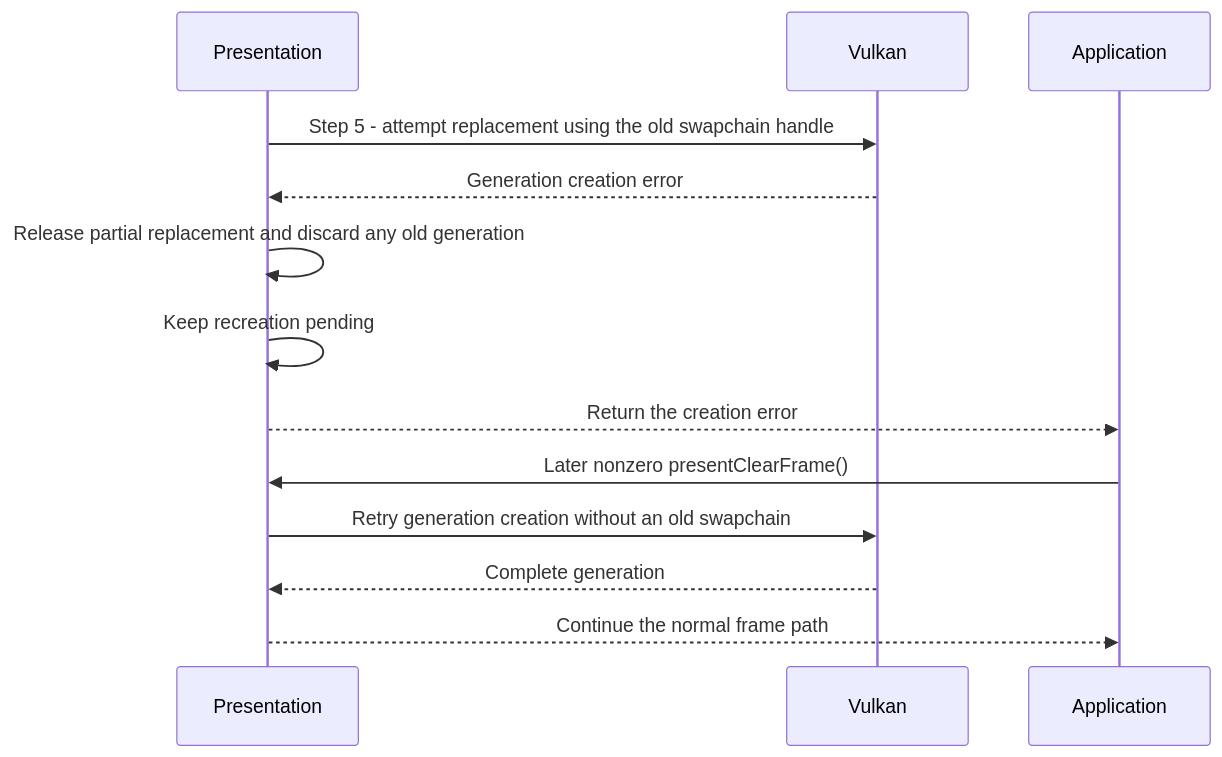
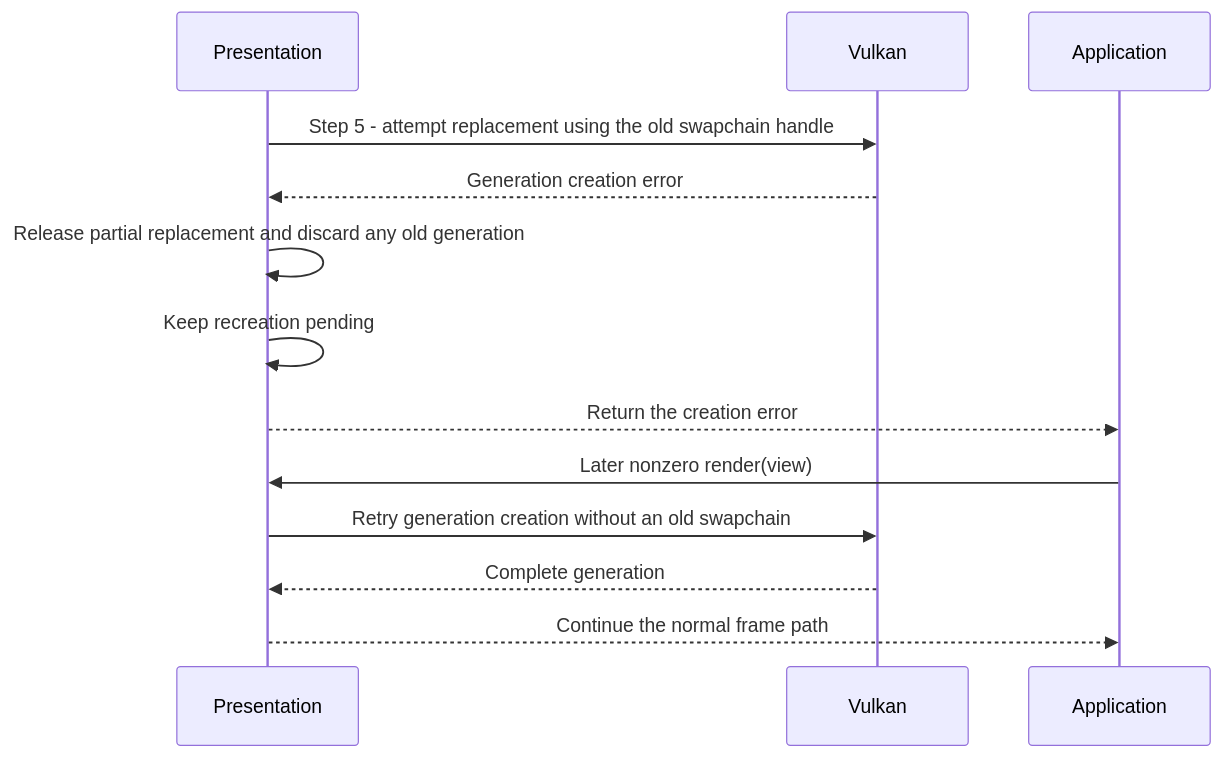
Before and after one commit to a-soltysik/Panda: the second of 2 diagrams in docs/use-cases/recreate-swapchain.md, drawn with Mermaid. The commit also changed other lines of this file and 68 other files, not shown here.

````diff
--- a/docs/use-cases/recreate-swapchain.md
+++ b/docs/use-cases/recreate-swapchain.md
@@ -123,15 +123,15 @@
 ```mermaid
 sequenceDiagram
     participant P as Presentation
     participant V as Vulkan
     participant A as Application
     P->>V: Step 5 - attempt replacement using the old swapchain handle
     V-->>P: Generation creation error
     P->>P: Release partial replacement and discard any old generation
     P->>P: Keep recreation pending
     P-->>A: Return the creation error
-    A->>P: Later nonzero presentClearFrame()
+    A->>P: Later nonzero render(view)
     P->>V: Retry generation creation without an old swapchain
     V-->>P: Complete generation
     P-->>A: Continue the normal frame path
 ```
````
